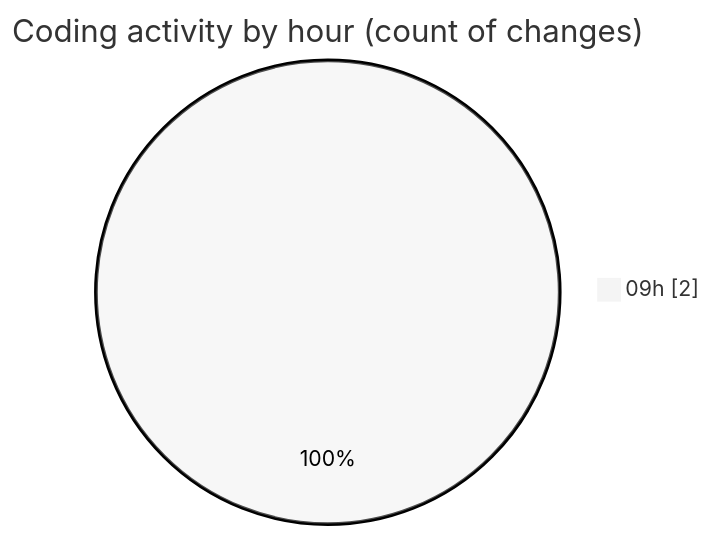
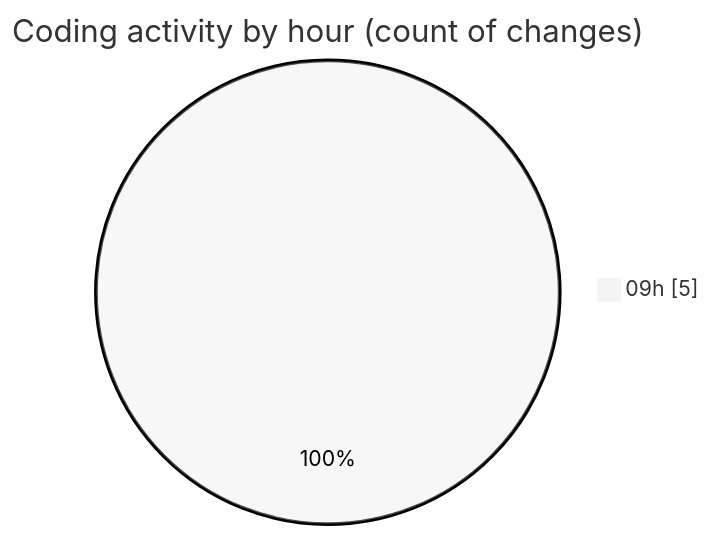
One commit to BS-eng2023/code-tracking changed the second of 2 diagrams in 2025-05-08/react/README.md. Above: the diagram before and after it, drawn with Mermaid (neutral theme). The commit also changed other lines of this file and 1 other file, not shown here.

````diff
--- a/2025-05-08/react/README.md
+++ b/2025-05-08/react/README.md
@@ -28,5 +30,5 @@
 ```mermaid
 pie showData
 title Coding activity by hour (count of changes)
-"09h" : 2
+"09h" : 5
 ```
````
